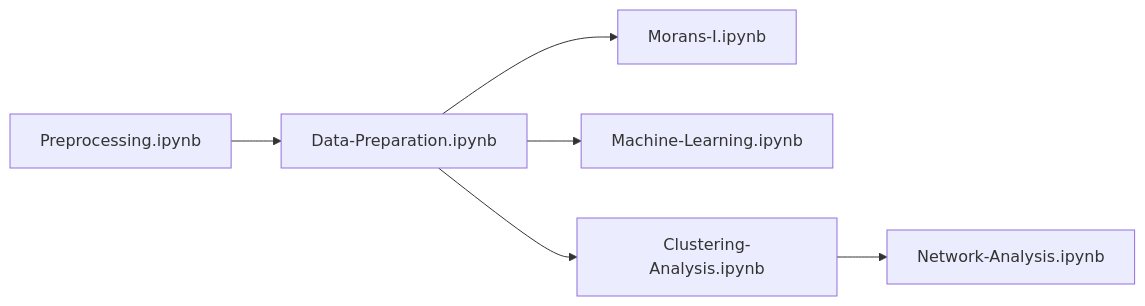
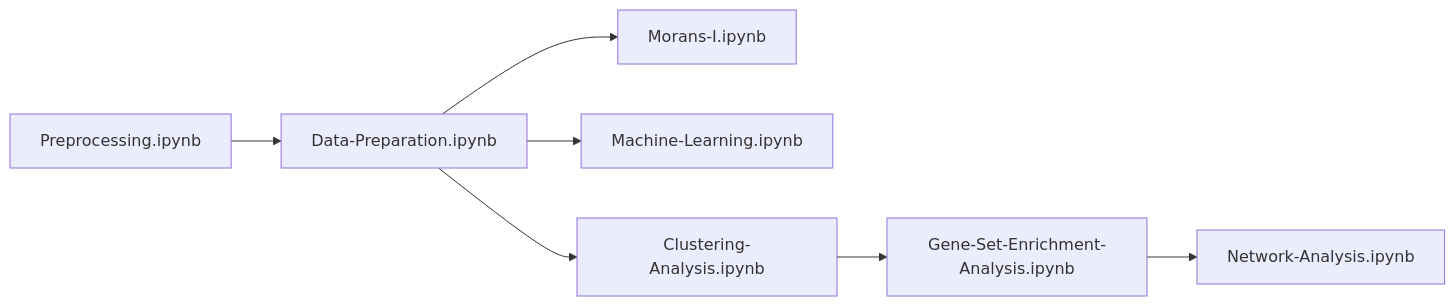
Before and after one commit to anhdnguye/Spatial-Transcriptomics-Data-Analysis: the diagram in README.md, drawn with Mermaid.

Commit message:
update flow

````diff
--- a/README.md
+++ b/README.md
@@ -27,9 +27,10 @@
 ```mermaid
 graph LR
 
 A[Preprocessing.ipynb] --> B[Data-Preparation.ipynb]
 B --> C[Morans-I.ipynb]
 B --> D[Machine-Learning.ipynb]
 B --> E[Clustering-Analysis.ipynb]
-E --> F[Network-Analysis.ipynb]
+E --> F[Gene-Set-Enrichment-Analysis.ipynb]
+F --> G[Network-Analysis.ipynb]
 ```
````
